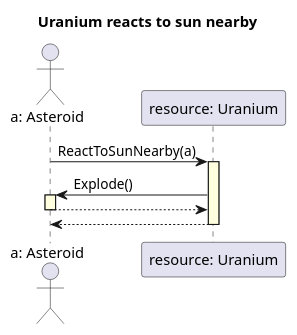
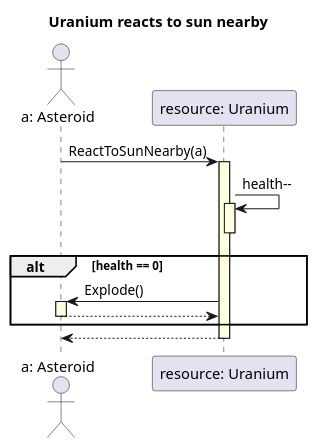
The diagram in uml/original_seq_diagrams/react_sun_uranium.plantuml (bbucsy/projlab_holy_oil), drawn with PlantUML before and after one commit. The commit also changed 2 other files, not shown here.

Commit message:
diagrams updated

```diff
--- a/uml/original_seq_diagrams/react_sun_uranium.plantuml
+++ b/uml/original_seq_diagrams/react_sun_uranium.plantuml
@@ -1,14 +1,19 @@
 @startuml Uranium explodes
 skinparam SequenceLifeLineBackgroundColor LightYellow
 
 title Uranium reacts to sun nearby
 
 actor "a: Asteroid" as a
 participant "resource: Uranium" as res
 
 a -> res ++: ReactToSunNearby(a)
+res -> res ++: health--
+deactivate res
+alt health == 0
     res -> a ++: Explode()
     a --> res --
+end
+
 res --> a --
 
 @enduml
```
